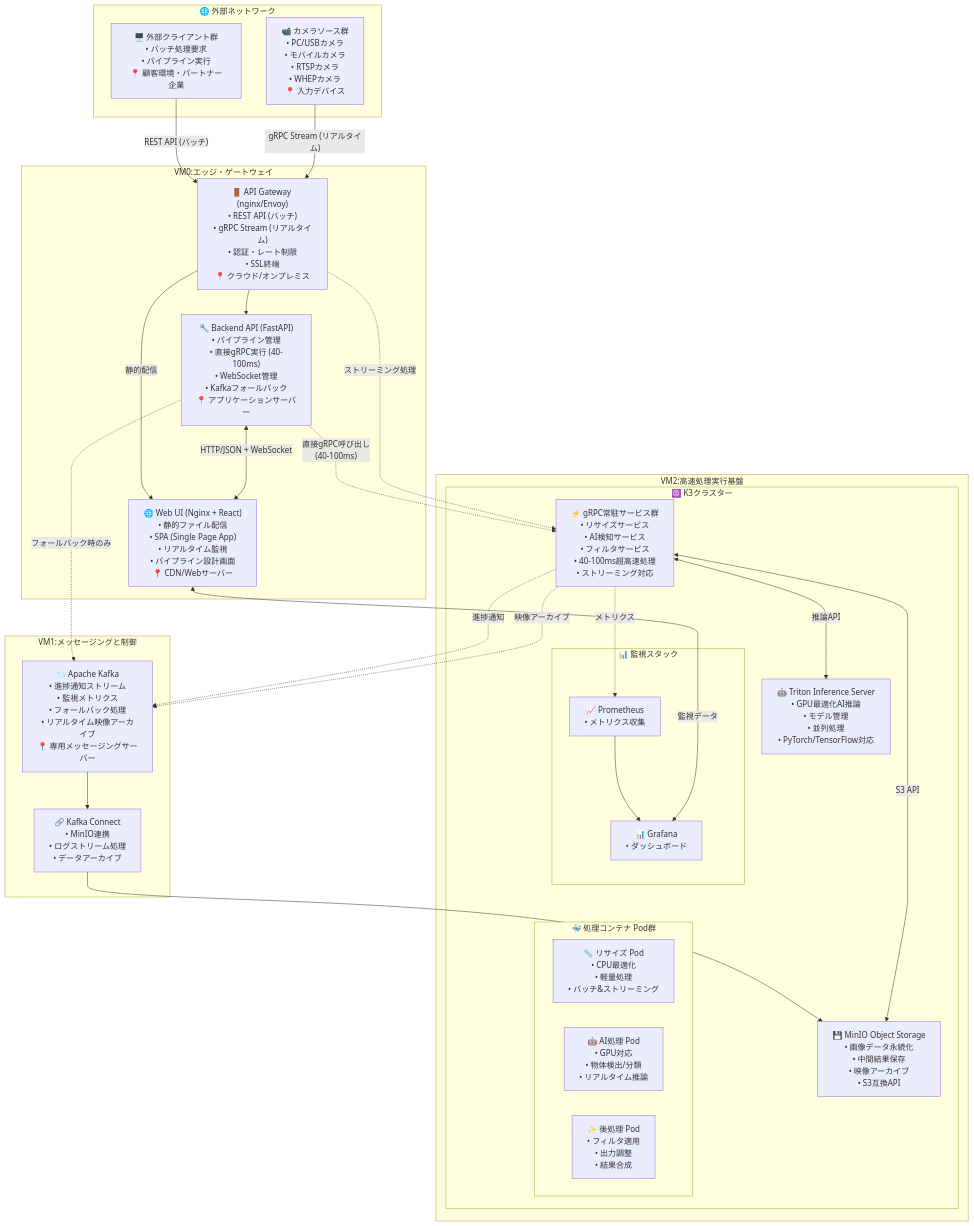
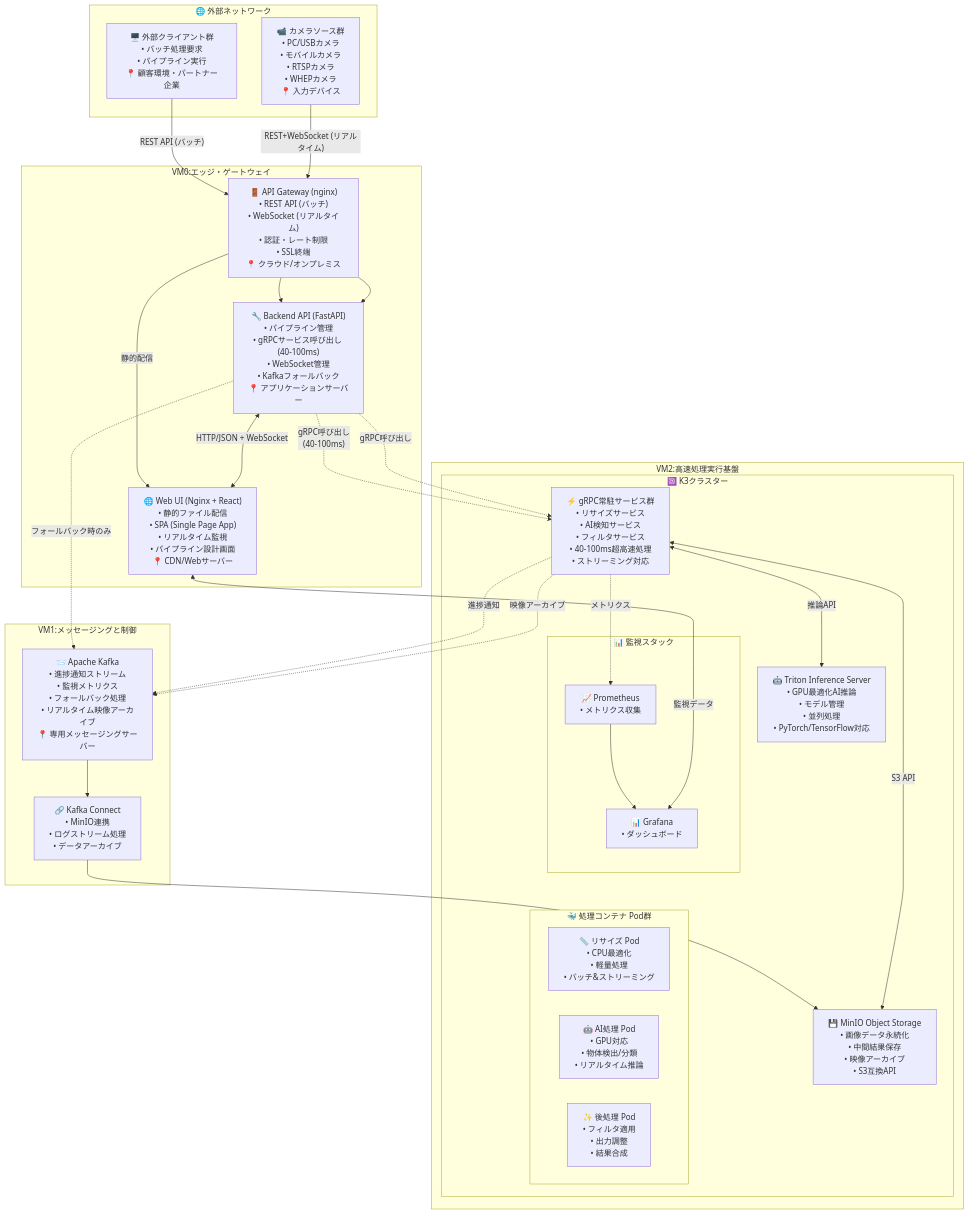
The first of 6 diagrams in docs/0300_設計_アプローチ1/0302_アーキテクチャ設計.md (daichiTAAA/ImageFlowCanvas), drawn with Mermaid before and after one commit. The commit also changed other lines of this file and 2 other files, not shown here.

Commit message:
Remove Envoy and direct gRPC references, unify frontend communication via REST+WebSocket

````diff
--- a/docs/0300_設計_アプローチ1/0302_アーキテクチャ設計.md
+++ b/docs/0300_設計_アプローチ1/0302_アーキテクチャ設計.md
@@ -21,74 +21,75 @@
 ```mermaid
 graph TD
     %% 外部ネットワーク層
     subgraph External["🌐 外部ネットワーク"]
         ExternalClients["🖥️ 外部クライアント群<br/>• バッチ処理要求<br/>• パイプライン実行<br/>📍 顧客環境・パートナー企業"]
         CameraSources["📹 カメラソース群<br/>• PC/USBカメラ<br/>• モバイルカメラ<br/>• RTSPカメラ<br/>• WHEPカメラ<br/>📍 入力デバイス"]
     end
     
     %% クラウド/エッジ層 (VM0)
     subgraph VM0["VM0:エッジ・ゲートウェイ"]
-        APIGateway["🚪 API Gateway (nginx/Envoy)<br/>• REST API (バッチ)<br/>• gRPC Stream (リアルタイム)<br/>• 認証・レート制限<br/>• SSL終端<br/>📍 クラウド/オンプレミス"]
+        APIGateway["🚪 API Gateway (nginx)<br/>• REST API (バッチ)<br/>• WebSocket (リアルタイム)<br/>• 認証・レート制限<br/>• SSL終端<br/>📍 クラウド/オンプレミス"]
         
-        BackendAPI["🔧 Backend API (FastAPI)<br/>• パイプライン管理<br/>• 直接gRPC実行 (40-100ms)<br/>• WebSocket管理<br/>• Kafkaフォールバック<br/>📍 アプリケーションサーバー"]
+        BackendAPI["🔧 Backend API (FastAPI)<br/>• パイプライン管理<br/>• gRPCサービス呼び出し (40-100ms)<br/>• WebSocket管理<br/>• Kafkaフォールバック<br/>📍 アプリケーションサーバー"]
         
         WebUI["🌐 Web UI (Nginx + React)<br/>• 静的ファイル配信<br/>• SPA (Single Page App)<br/>• リアルタイム監視<br/>• パイプライン設計画面<br/>📍 CDN/Webサーバー"]
     end
     
     %% メッセージング層 (VM1)
     subgraph VM1["VM1:メッセージングと制御"]
         Kafka["📨 Apache Kafka<br/>• 進捗通知ストリーム<br/>• 監視メトリクス<br/>• フォールバック処理<br/>• リアルタイム映像アーカイブ<br/>📍 専用メッセージングサーバー"]
         KafkaConnect["🔗 Kafka Connect<br/>• MinIO連携<br/>• ログストリーム処理<br/>• データアーカイブ"]
     end
     
     %% 処理実行層 (VM2)
     subgraph VM2["VM2:高速処理実行基盤"]
         subgraph K3s["☸️ K3クラスター"]
             gRPCServices["⚡ gRPC常駐サービス群<br/>• リサイズサービス<br/>• AI検知サービス<br/>• フィルタサービス<br/>• 40-100ms超高速処理<br/>• ストリーミング対応"]
             
             MinIO["💾 MinIO Object Storage<br/>• 画像データ永続化<br/>• 中間結果保存<br/>• 映像アーカイブ<br/>• S3互換API"]
             
             TritonServer["🤖 Triton Inference Server<br/>• GPU最適化AI推論<br/>• モデル管理<br/>• 並列処理<br/>• PyTorch/TensorFlow対応"]
             
             subgraph ProcessingPods["🐳 処理コンテナ Pod群"]
                 PodResize["📏 リサイズ Pod<br/>• CPU最適化<br/>• 軽量処理<br/>• バッチ&ストリーミング"]
                 PodAI["🤖 AI処理 Pod<br/>• GPU対応<br/>• 物体検出/分類<br/>• リアルタイム推論"]
                 PodPost["✨ 後処理 Pod<br/>• フィルタ適用<br/>• 出力調整<br/>• 結果合成"]
             end
             
             subgraph MonitoringStack["📊 監視スタック"]
                 Prometheus["📈 Prometheus<br/>• メトリクス収集"]
                 Grafana["📊 Grafana<br/>• ダッシュボード"]
             end
         end
     end
     
     %% バッチ処理フロー（メイン）
     ExternalClients -->|"REST API (バッチ)"| APIGateway
     APIGateway --> BackendAPI
     APIGateway -->|"静的配信"| WebUI
-    BackendAPI -.->|"直接gRPC呼び出し<br/>(40-100ms)"| gRPCServices
+    BackendAPI -.->|"gRPC呼び出し<br/>(40-100ms)"| gRPCServices
     
     %% リアルタイム処理フロー
-    CameraSources -->|"gRPC Stream (リアルタイム)"| APIGateway
-    APIGateway -.->|"ストリーミング処理"| gRPCServices
+    CameraSources -->|"REST+WebSocket (リアルタイム)"| APIGateway
+    APIGateway --> BackendAPI
+    BackendAPI -.->|"gRPC呼び出し"| gRPCServices
     
     %% 共通処理
     BackendAPI <-->|"HTTP/JSON + WebSocket"| WebUI
     
     %% 監視・通知（Kafka）
     BackendAPI -.->|"フォールバック時のみ"| Kafka
     gRPCServices -.->|"進捗通知"| Kafka
     gRPCServices -.->|"映像アーカイブ"| Kafka
     Kafka --> KafkaConnect
     KafkaConnect --> MinIO
     
     %% ストレージアクセス
     gRPCServices <-->|"S3 API"| MinIO
     gRPCServices <-->|"推論API"| TritonServer
     
     %% 監視
     gRPCServices -.->|"メトリクス"| Prometheus
     Prometheus --> Grafana
     WebUI <-->|"監視データ"| Grafana
 ```
````
